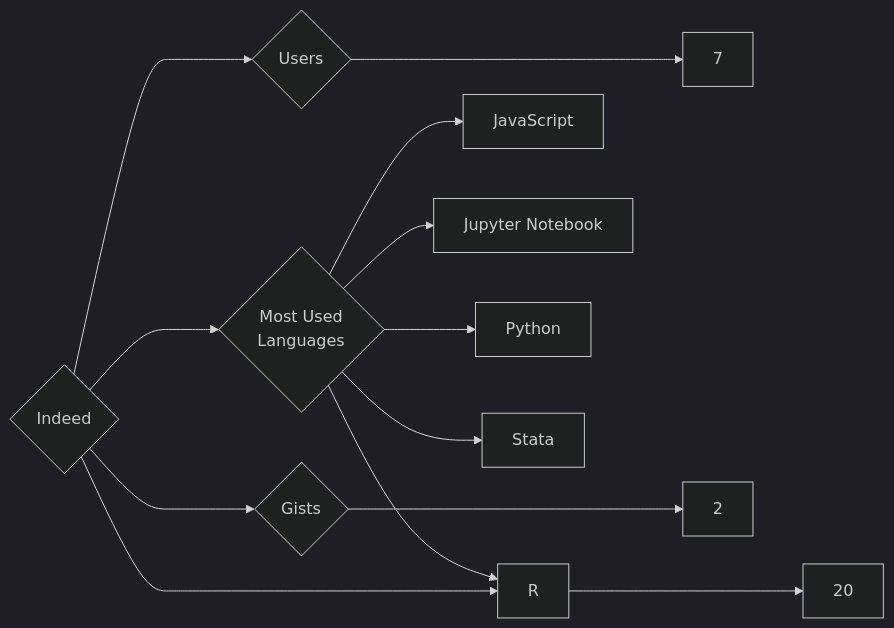
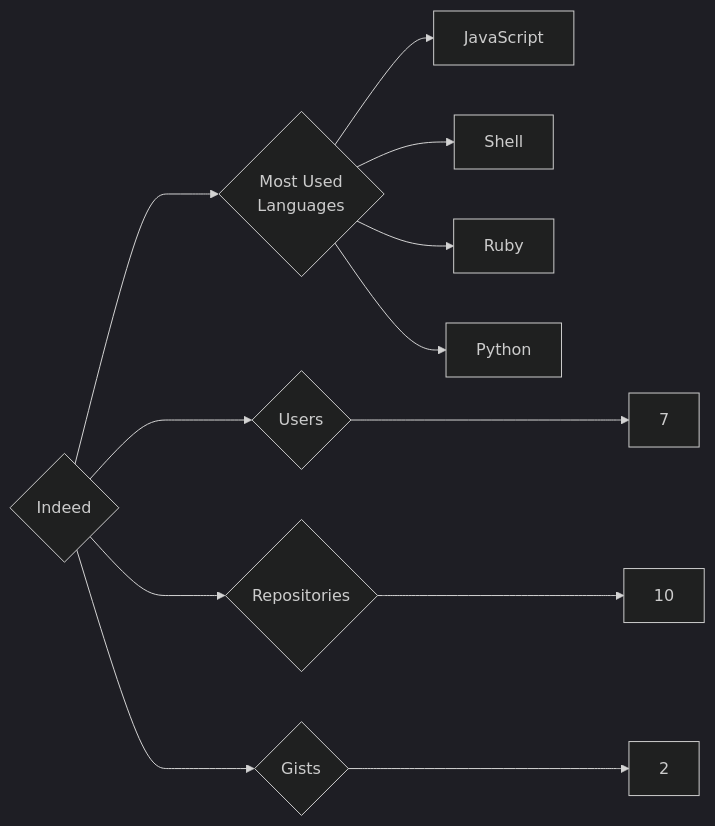
Before and after one commit to trickest/insiders: the diagram in targets/Indeed/README.md, drawn with Mermaid (dark theme). The commit also changed 874 other files, not shown here.

````diff
--- a/targets/Indeed/README.md
+++ b/targets/Indeed/README.md
@@ -3,13 +3,12 @@
 ```mermaid
 graph LR
 COMPANY_NAME{Indeed}
 COMPANY_NAME ---> U{Users} ---> UN[7]
-COMPANY_NAME ---> R{Repositories} ---> RN[20]
+COMPANY_NAME ---> R{Repositories} ---> RN[10]
 COMPANY_NAME ---> G{Gists} ---> GN[2]
 COMPANY_NAME ---> ML{Most Used<br>Languages}
 ML --> JavaScript[JavaScript]
-ML --> Jupyter_Notebook[Jupyter Notebook]
-ML --> R[R]
+ML --> Shell[Shell]
+ML --> Ruby[Ruby]
 ML --> Python[Python]
-ML --> Stata[Stata]
 ```
````
